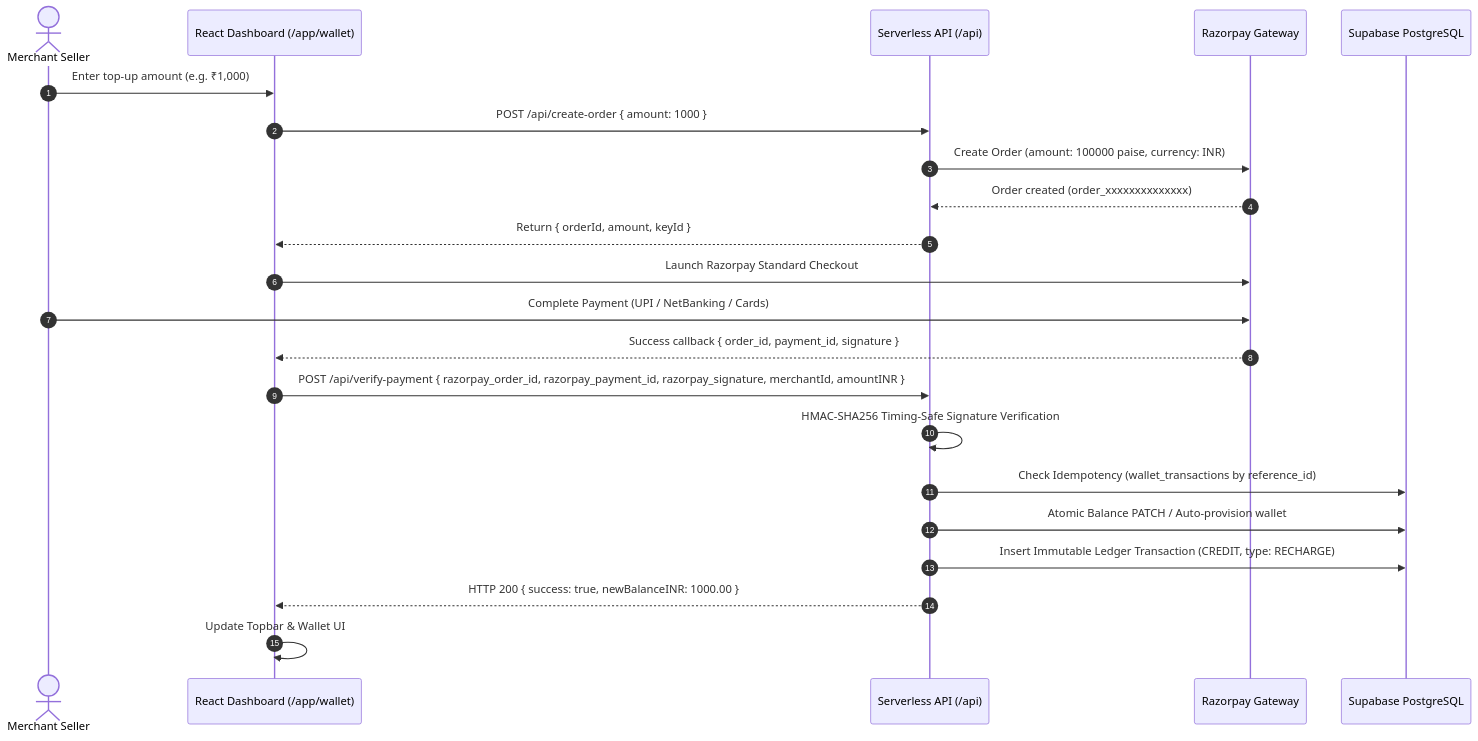
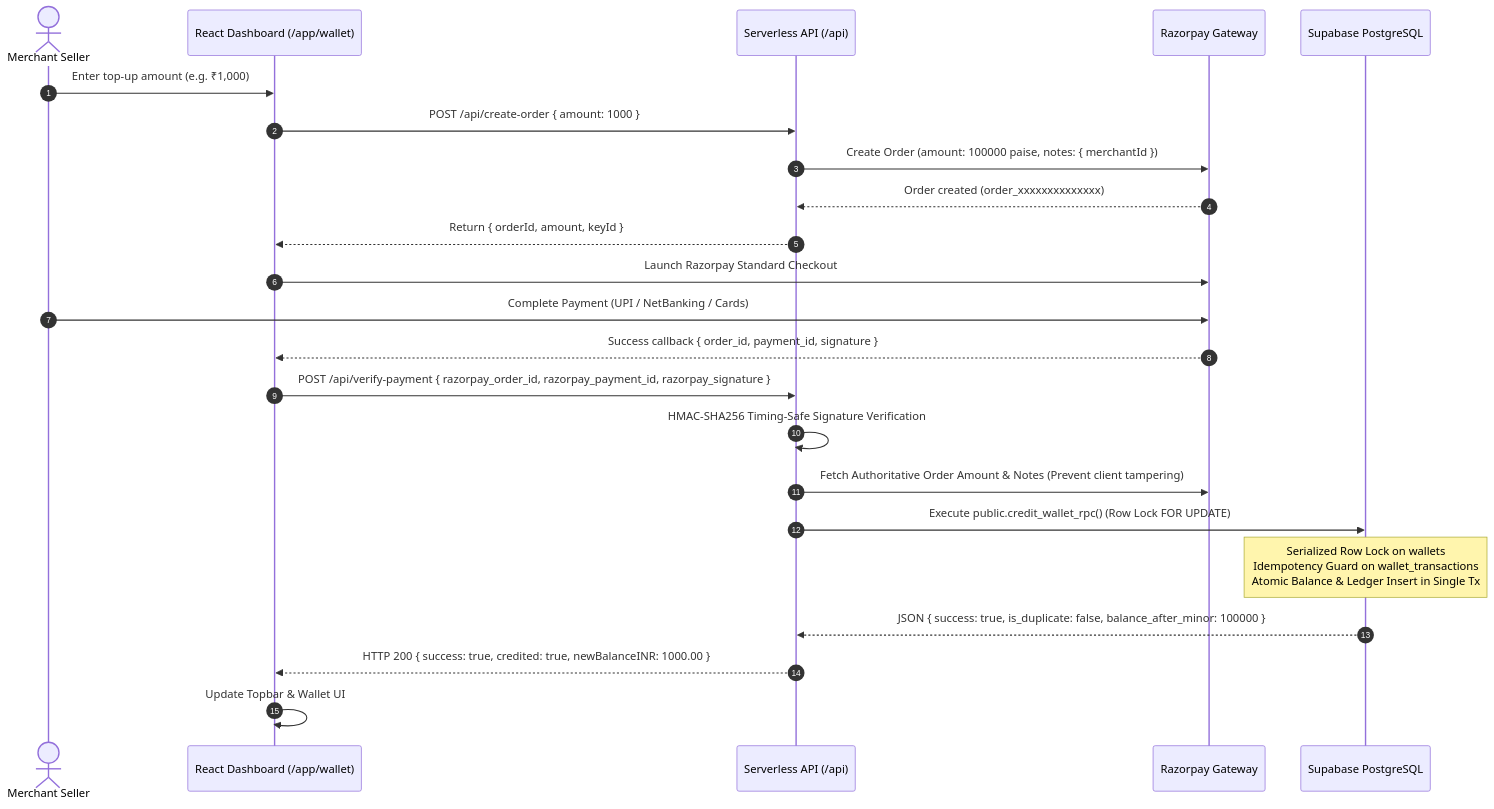
The diagram in PAYMENT_RECONCILIATION_REPORT.md (mohitsharma783781-hub/MAXLINE-LOGISTICS), drawn with Mermaid before and after one commit. The commit also changed other lines of this file and 6 other files, not shown here.

Commit message:
fix(wallet): implement single authoritative server-side atomic wallet credit with PostgreSQL row-level locking, anti-tampering, and unified webhook idempotency

````diff
--- a/PAYMENT_RECONCILIATION_REPORT.md
+++ b/PAYMENT_RECONCILIATION_REPORT.md
@@ -9,25 +9,26 @@
 ```mermaid
 sequenceDiagram
     autonumber
     actor Seller as Merchant Seller
     participant UI as React Dashboard (/app/wallet)
     participant Edge as Serverless API (/api)
     participant RZP as Razorpay Gateway
     participant DB as Supabase PostgreSQL
 
     Seller->>UI: Enter top-up amount (e.g. ₹1,000)
     UI->>Edge: POST /api/create-order { amount: 1000 }
-    Edge->>RZP: Create Order (amount: 100000 paise, currency: INR)
+    Edge->>RZP: Create Order (amount: 100000 paise, notes: { merchantId })
     RZP-->>Edge: Order created (order_xxxxxxxxxxxxxx)
     Edge-->>UI: Return { orderId, amount, keyId }
     UI->>RZP: Launch Razorpay Standard Checkout
     Seller->>RZP: Complete Payment (UPI / NetBanking / Cards)
     RZP-->>UI: Success callback { order_id, payment_id, signature }
-    UI->>Edge: POST /api/verify-payment { razorpay_order_id, razorpay_payment_id, razorpay_signature, merchantId, amountINR }
+    UI->>Edge: POST /api/verify-payment { razorpay_order_id, razorpay_payment_id, razorpay_signature }
     Edge->>Edge: HMAC-SHA256 Timing-Safe Signature Verification
-    Edge->>DB: Check Idempotency (wallet_transactions by reference_id)
-    Edge->>DB: Atomic Balance PATCH / Auto-provision wallet
-    Edge->>DB: Insert Immutable Ledger Transaction (CREDIT, type: RECHARGE)
-    Edge-->>UI: HTTP 200 { success: true, newBalanceINR: 1000.00 }
+    Edge->>RZP: Fetch Authoritative Order Amount & Notes (Prevent client tampering)
+    Edge->>DB: Execute public.credit_wallet_rpc() (Row Lock FOR UPDATE)
+    Note over DB: Serialized Row Lock on wallets<br/>Idempotency Guard on wallet_transactions<br/>Atomic Balance & Ledger Insert in Single Tx
+    DB-->>Edge: JSON { success: true, is_duplicate: false, balance_after_minor: 100000 }
+    Edge-->>UI: HTTP 200 { success: true, credited: true, newBalanceINR: 1000.00 }
     UI->>UI: Update Topbar & Wallet UI
 ```
````
